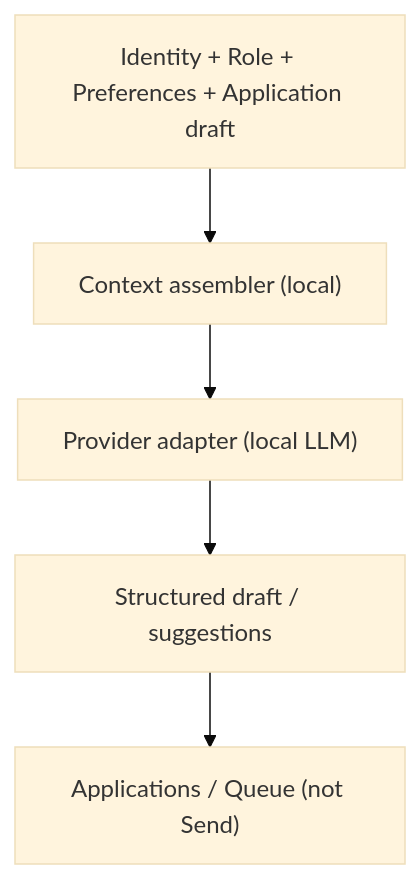
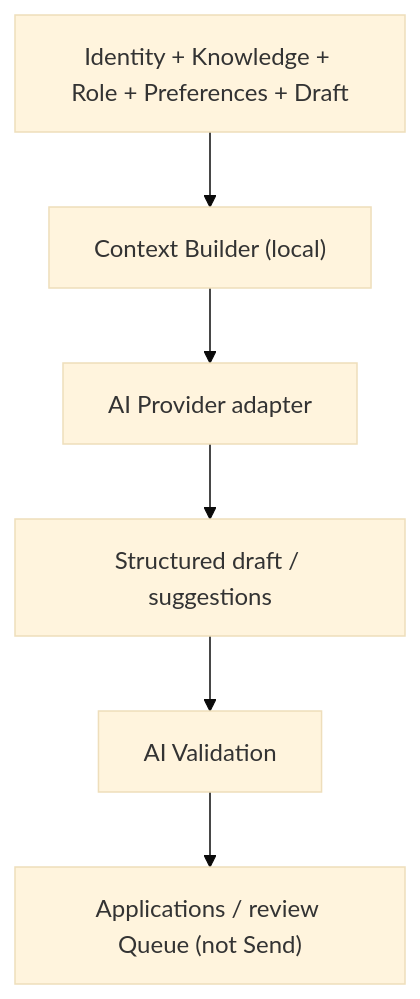
The diagram in docs/architecture/AI_ARCHITECTURE.md (ammar-tariq/jobjitsu), drawn with Mermaid (base theme) before and after one commit. The commit also changed other lines of this file and 21 other files, not shown here.

First line of the commit message:
docs: raise architecture readiness with control-plane contracts

````diff
--- a/docs/architecture/AI_ARCHITECTURE.md
+++ b/docs/architecture/AI_ARCHITECTURE.md
@@ -13,10 +13,11 @@
 ```mermaid
 flowchart TD
-  inputs["Identity + Role + Preferences + Application draft"]
-  ctx["Context assembler (local)"]
-  provider["Provider adapter (local LLM)"]
+  inputs["Identity + Knowledge + Role + Preferences + Draft"]
+  ctx["Context Builder (local)"]
+  provider["AI Provider adapter"]
   draft["Structured draft / suggestions"]
-  queue["Applications / Queue (not Send)"]
+  validate["AI Validation"]
+  queue["Applications / review Queue (not Send)"]
 
-  inputs --> ctx --> provider --> draft --> queue
+  inputs --> ctx --> provider --> draft --> validate --> queue
 ```
````
